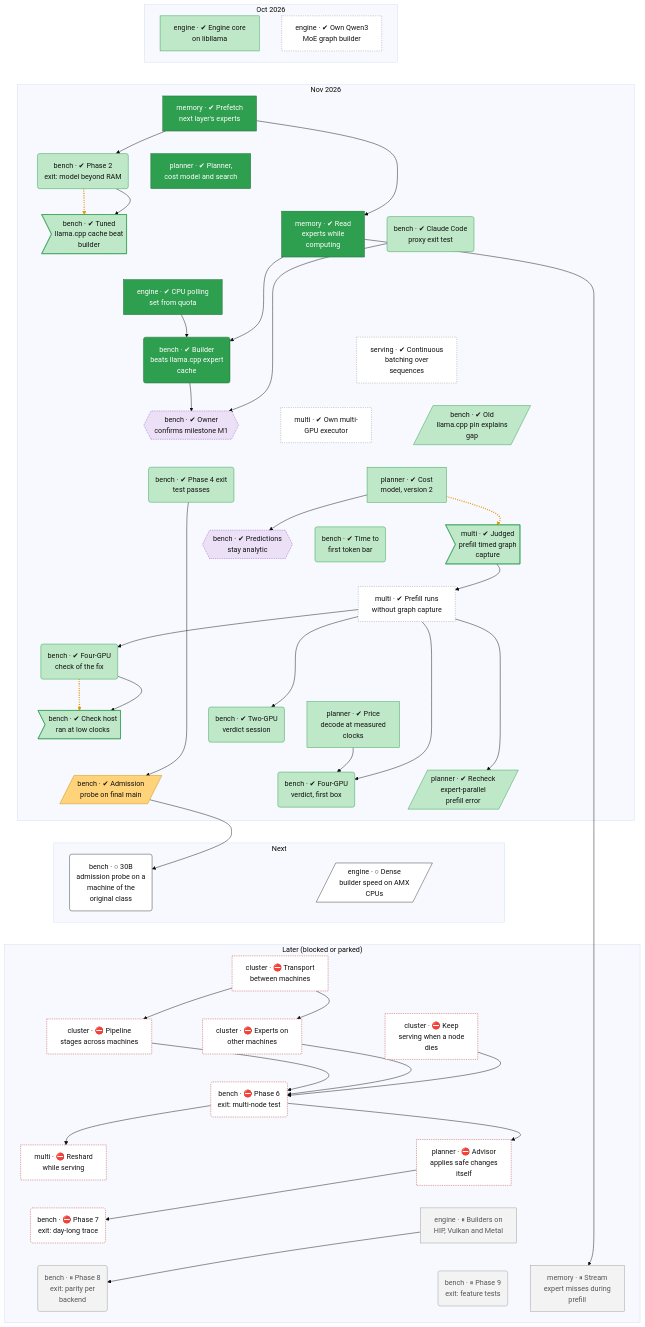
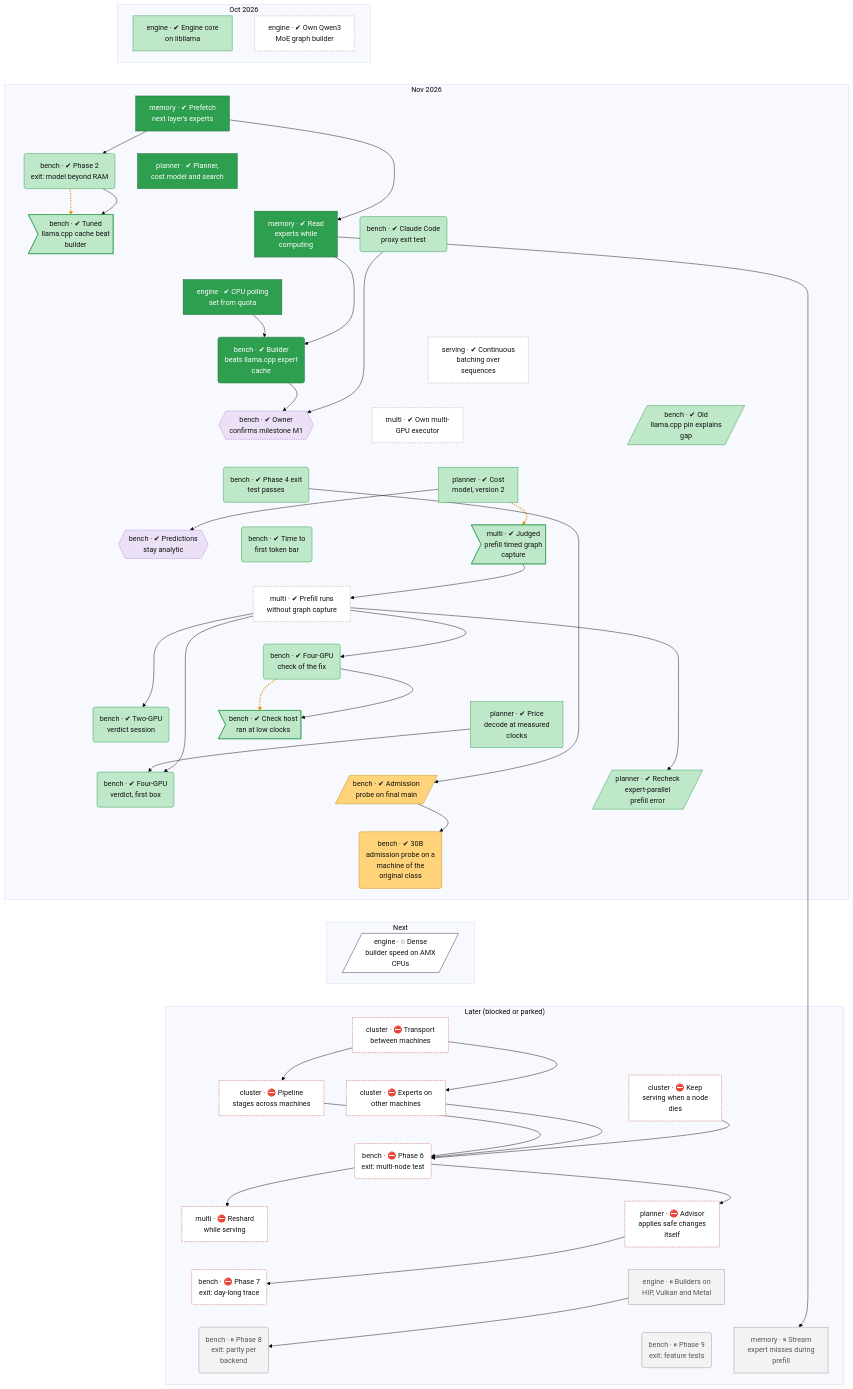
The second of 2 diagrams in docs/roadmap.md (lhns/tetraeder), drawn with Mermaid (base theme) before and after one commit. The commit also changed other lines of this file and 22 other files, not shown here.

Commit message:
d2a30b-20261122: 30B probe c4 0.910 below 0.925, q30b null (box 61881715, host 351328, EPYC 7B12); node bench-d2a-30b done, mixed

````diff
--- a/docs/roadmap.md
+++ b/docs/roadmap.md
@@ -131,9 +131,9 @@
         bench_d2a_probe[/"bench · ✔ Admission<br/>probe on final main"/]
         bench_v4a_verdict("bench · ✔ Four-GPU<br/>verdict, first box")
         planner_ep_prefill_recheck[/"planner · ✔ Recheck<br/>expert-parallel<br/>prefill error"/]
+        bench_d2a_30b("bench · ✔ 30B<br/>admission probe on a<br/>machine of the<br/>original class")
     end
     subgraph bd_2["Next"]
-        bench_d2a_30b("bench · ○ 30B<br/>admission probe on a<br/>machine of the<br/>original class")
         engine_dense_amx[/"engine · ○ Dense<br/>builder speed on AMX<br/>CPUs"/]
     end
     subgraph bd_3["Later (blocked or parked)"]
@@ -182,9 +182,9 @@
     bench_v2_verdict ~~~ bench_v4a_verdict
     planner_cost_model_v5 ~~~ planner_ep_prefill_recheck
     bench_d2a_probe ~~~ bench_d2a_30b
-    bench_v4a_verdict ~~~ engine_dense_amx
-    planner_ep_prefill_recheck ~~~ engine_dense_amx
-    bench_d2a_30b ~~~ cluster_transport
+    bench_v4a_verdict ~~~ bench_d2a_30b
+    planner_ep_prefill_recheck ~~~ bench_d2a_30b
+    bench_d2a_30b ~~~ engine_dense_amx
     engine_dense_amx ~~~ cluster_transport
     cluster_transport ~~~ cluster_pipeline_nodes
     cluster_transport ~~~ cluster_experts_nodes
@@ -248,8 +248,8 @@
     class engine_libllama,planner_cost_v2,multi_defect_capture,bench_phase2_exit,bench_defect_tuned_cache,bench_phase3b_proxy,bench_pin_ab,bench_phase4_exit,bench_ttft,bench_s3f2,bench_defect_s3f2_clock,bench_v2_verdict,planner_cost_model_v5,bench_v4a_verdict,planner_ep_prefill_recheck succ
     class engine_cpu_poll,memory_prefetch,memory_io_service,planner_core,bench_m1_point1 vsucc
     class bench_owner_m1,bench_owner_analytic decided
-    class bench_d2a_probe mixed
-    class bench_d2a_30b,engine_dense_amx next
+    class bench_d2a_probe,bench_d2a_30b mixed
     class cluster_transport,cluster_pipeline_nodes,cluster_experts_nodes,cluster_failover,bench_phase6_exit,multi_live_reshard,planner_advisor_auto,bench_phase7_exit blocked
     class engine_backend_parity,bench_phase8_exit,bench_phase9_exit,memory_prefill_misses parked
+    class engine_dense_amx next
 ```
````
